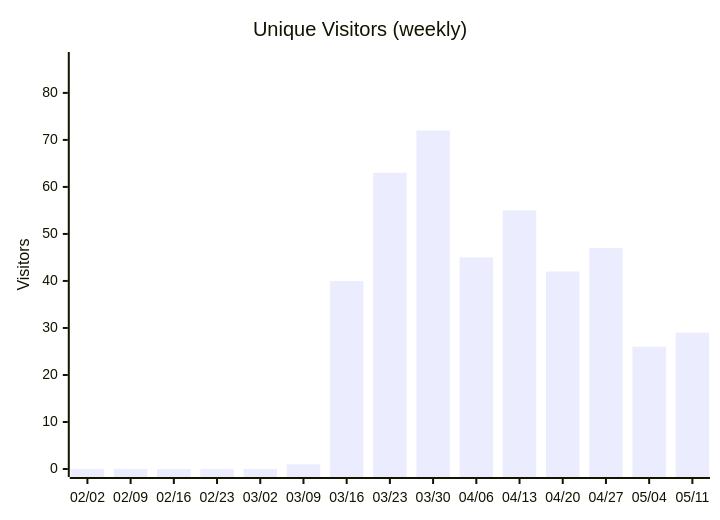
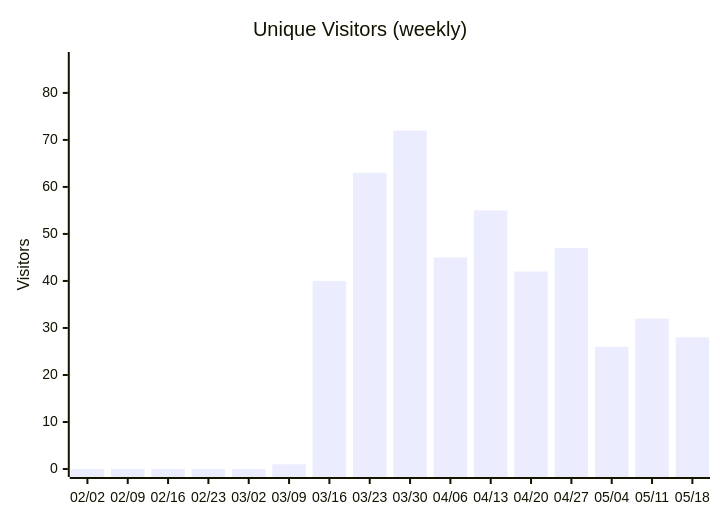
Before and after one commit to nablarch/nabledge-dev: diagram 13 of 14 in docs/metrics.md, drawn with Mermaid. The commit also changed other lines of this file and 2 other files, not shown here.

````diff
--- a/docs/metrics.md
+++ b/docs/metrics.md
@@ -169,7 +169,7 @@
 ```mermaid
 xychart-beta
   title "Unique Visitors (weekly)"
-  x-axis ["02/02", "02/09", "02/16", "02/23", "03/02", "03/09", "03/16", "03/23", "03/30", "04/06", "04/13", "04/20", "04/27", "05/04", "05/11"]
+  x-axis ["02/02", "02/09", "02/16", "02/23", "03/02", "03/09", "03/16", "03/23", "03/30", "04/06", "04/13", "04/20", "04/27", "05/04", "05/11", "05/18"]
   y-axis "Visitors" 0 --> 87
-  bar [0, 0, 0, 0, 0, 1, 40, 63, 72, 45, 55, 42, 47, 26, 29]
+  bar [0, 0, 0, 0, 0, 1, 40, 63, 72, 45, 55, 42, 47, 26, 32, 28]
 ```
````
